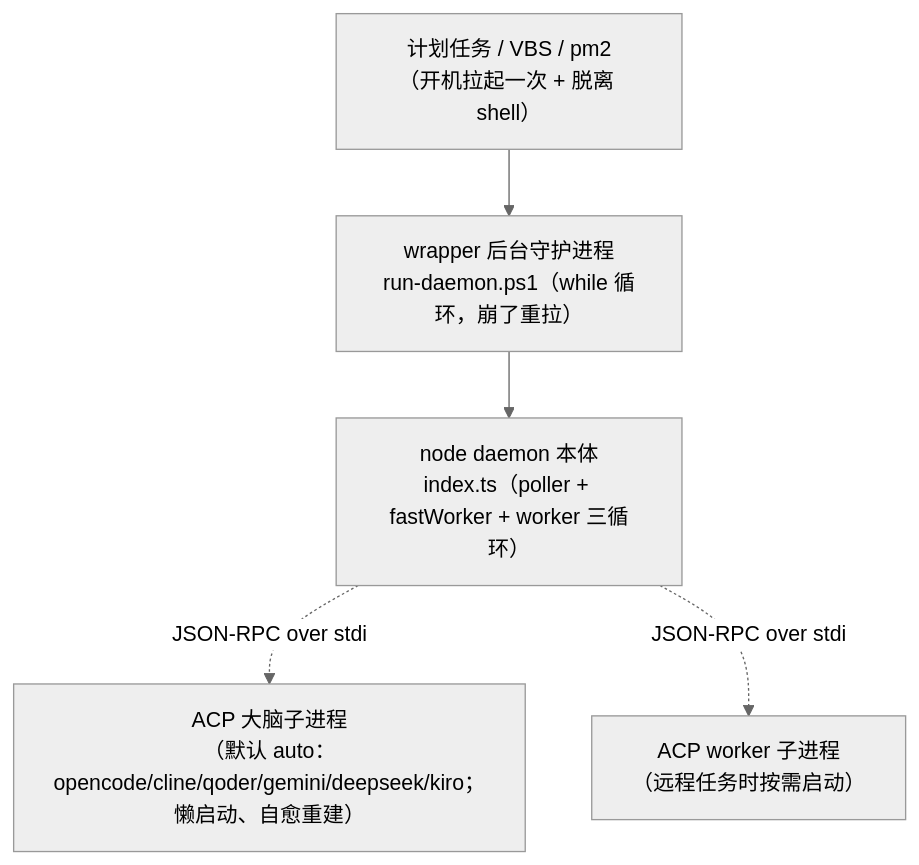
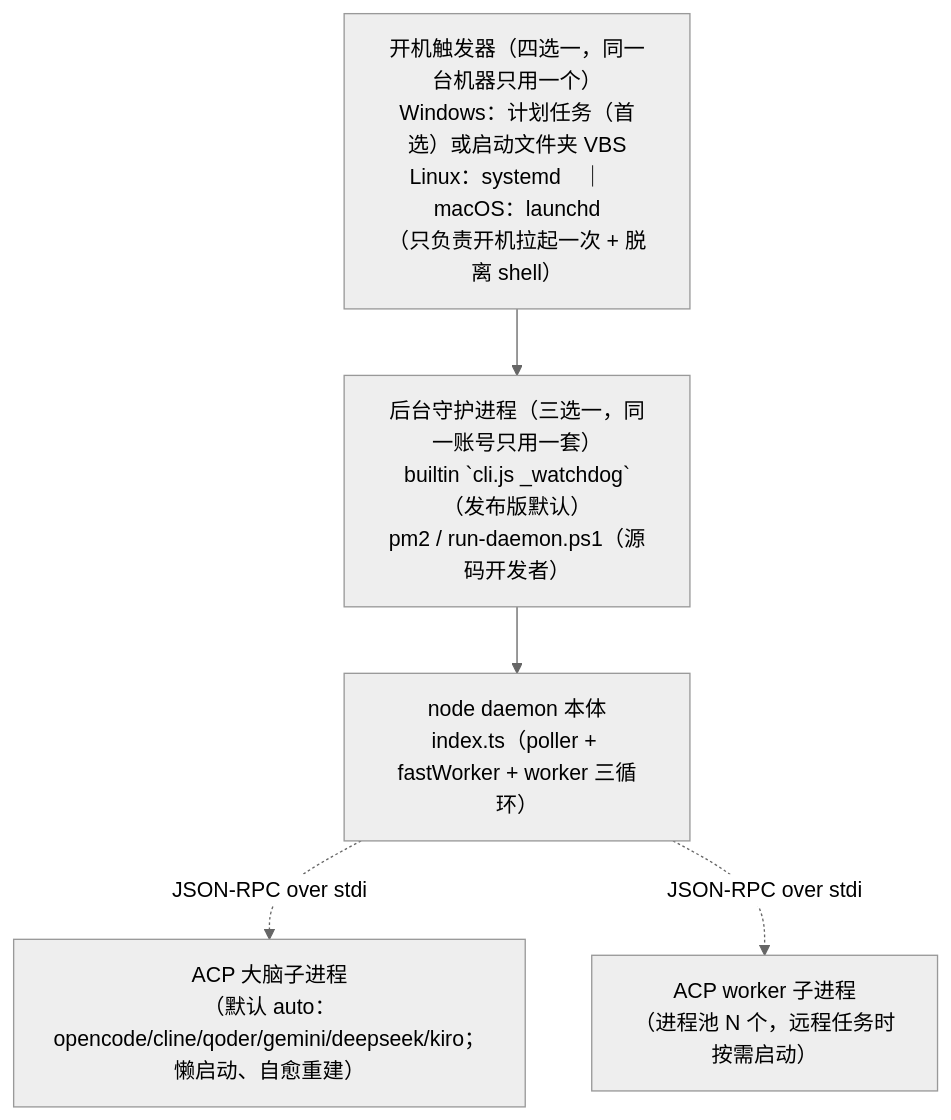
The third of 6 diagrams in docs/repowiki/02-系统架构.md (imwangpan/WeMind), drawn with Mermaid (neutral theme) before and after one commit. The commit also changed other lines of this file and 52 other files, not shown here.

````diff
--- a/docs/repowiki/02-系统架构.md
+++ b/docs/repowiki/02-系统架构.md
@@ -88,13 +88,13 @@
 ```mermaid
 graph TD
-    TRIGGER["计划任务 / VBS / pm2<br/>（开机拉起一次 + 脱离 shell）"]
-    WRAPPER["wrapper 后台守护进程<br/>run-daemon.ps1（while 循环，崩了重拉）"]
+    TRIGGER["开机触发器（四选一，同一台机器只用一个）<br/>Windows：计划任务（首选）或启动文件夹 VBS<br/>Linux：systemd　｜　macOS：launchd<br/>（只负责开机拉起一次 + 脱离 shell）"]
+    WRAPPER["后台守护进程（三选一，同一账号只用一套）<br/>builtin `cli.js _watchdog`（发布版默认）<br/>pm2 / run-daemon.ps1（源码开发者）"]
     NODE["node daemon 本体<br/>index.ts（poller + fastWorker + worker 三循环）"]
     BRAINP["ACP 大脑子进程<br/>（默认 auto：opencode/cline/qoder/gemini/deepseek/kiro；懒启动、自愈重建）"]
-    WORKERP["ACP worker 子进程<br/>（远程任务时按需启动）"]
+    WORKERP["ACP worker 子进程<br/>（进程池 N 个，远程任务时按需启动）"]
 
     TRIGGER --> WRAPPER
     WRAPPER --> NODE
     NODE -.JSON-RPC over stdio.-> BRAINP
     NODE -.JSON-RPC over stdio.-> WORKERP
 ```
````
